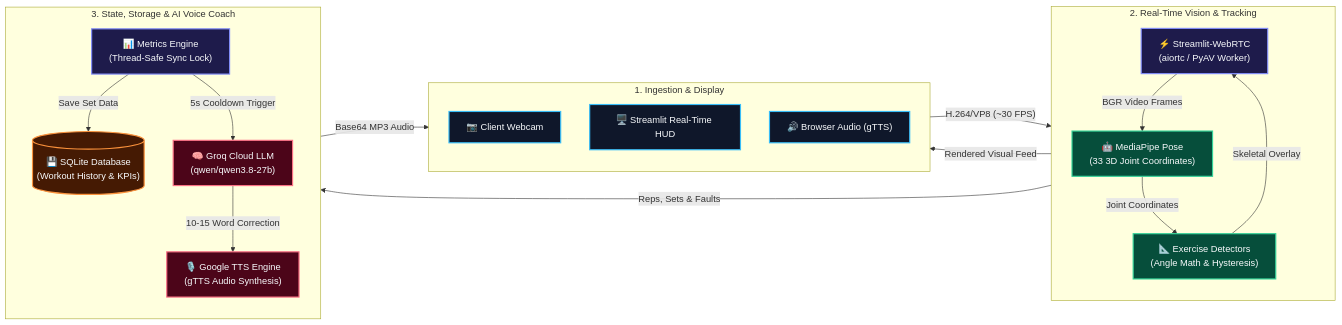
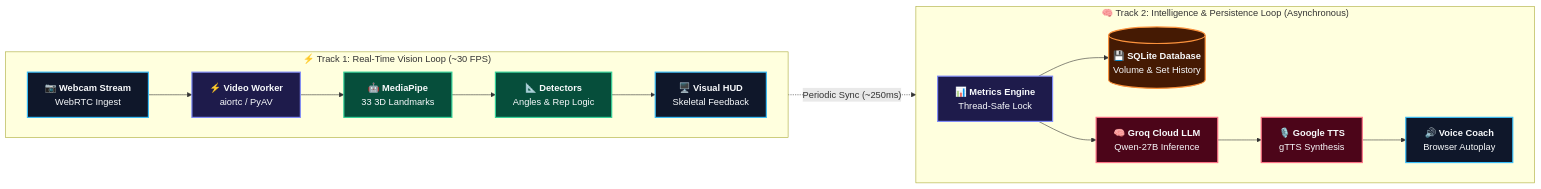
One commit to HariomGupta0/GymGuru_AI changed the first of 2 diagrams in README.md. Above: the diagram before and after it, drawn with Mermaid. The commit also changed other lines of this file, not shown here.

Commit message:
docs: streamline architecture with dual-track flowchart, component matrix, and collapsible sequence diagram

````diff
--- a/README.md
+++ b/README.md
@@ -43,45 +43,32 @@
 ```mermaid
 flowchart LR
-    %% Modern Theme Styles
+    %% Modern Theme Styling
     classDef client fill:#0f172a,stroke:#38bdf8,stroke-width:2px,color:#f8fafc;
     classDef stream fill:#1e1b4b,stroke:#818cf8,stroke-width:2px,color:#f8fafc;
     classDef vision fill:#064e3b,stroke:#34d399,stroke-width:2px,color:#f8fafc;
     classDef storage fill:#451a03,stroke:#fb923c,stroke-width:2px,color:#f8fafc;
     classDef coach fill:#4c0519,stroke:#fb7185,stroke-width:2px,color:#f8fafc;
 
-    subgraph CLIENT["1. Ingestion & Display"]
-        direction TB
-        CAM["📷 Client Webcam"]:::client
-        HUD["🖥️ Streamlit Real-Time HUD"]:::client
-        SPK["🔊 Browser Audio (gTTS)"]:::client
+    %% Track 1: Real-Time Vision Loop
+    subgraph T1["⚡ Track 1: Real-Time Vision Loop (~30 FPS)"]
+        direction LR
+        CAM["📷 <b>Webcam Stream</b><br/>WebRTC Ingest"]:::client
+        --> RTC["⚡ <b>Video Worker</b><br/>aiortc / PyAV"]:::stream
+        --> MP["🤖 <b>MediaPipe</b><br/>33 3D Landmarks"]:::vision
+        --> DET["📐 <b>Detectors</b><br/>Angles & Rep Logic"]:::vision
+        --> HUD["🖥️ <b>Visual HUD</b><br/>Skeletal Feedback"]:::client
     end
 
-    subgraph VISION_PIPE["2. Real-Time Vision & Tracking"]
-        direction TB
-        RTC["⚡ Streamlit-WebRTC<br/>(aiortc / PyAV Worker)"]:::stream
-        MP["🤖 MediaPipe Pose<br/>(33 3D Joint Coordinates)"]:::vision
-        DET["📐 Exercise Detectors<br/>(Angle Math & Hysteresis)"]:::vision
+    %% Track 2: Intelligence & Persistence Loop
+    subgraph T2["🧠 Track 2: Intelligence & Persistence Loop (Asynchronous)"]
+        direction LR
+        SYNC["📊 <b>Metrics Engine</b><br/>Thread-Safe Lock"]:::stream
+        --> DB[("💾 <b>SQLite Database</b><br/>Volume & Set History")]:::storage
+        SYNC --> LLM["🧠 <b>Groq Cloud LLM</b><br/>Qwen-27B Inference"]:::coach
+        --> TTS["🎙️ <b>Google TTS</b><br/>gTTS Synthesis"]:::coach
+        --> SPK["🔊 <b>Voice Coach</b><br/>Browser Autoplay"]:::client
     end
 
-    subgraph AI_BACKEND["3. State, Storage & AI Voice Coach"]
-        direction TB
-        ENG["📊 Metrics Engine<br/>(Thread-Safe Sync Lock)"]:::stream
-        DB[("💾 SQLite Database<br/>(Workout History & KPIs)")]:::storage
-        LLM["🧠 Groq Cloud LLM<br/>(qwen/qwen3.8-27b)"]:::coach
-        TTS["🎙️ Google TTS Engine<br/>(gTTS Audio Synthesis)"]:::coach
-    end
-
-    %% Real-time Vision Loop
-    CAM -->|"H.264/VP8 (~30 FPS)"| RTC
-    RTC -->|"BGR Video Frames"| MP
-    MP -->|"Joint Coordinates"| DET
-    DET -->|"Skeletal Overlay"| RTC
-    RTC -->|"Rendered Visual Feed"| HUD
-
-    %% Metrics & Voice Coaching Loop
-    DET -->|"Reps, Sets & Faults"| ENG
-    ENG -->|"Save Set Data"| DB
-    ENG -->|"5s Cooldown Trigger"| LLM
-    LLM -->|"10-15 Word Correction"| TTS
-    TTS -->|"Base64 MP3 Audio"| SPK
+    %% Inter-track Coordination
+    DET -.->|"Periodic Sync (~250ms)"| SYNC
 ```
````
